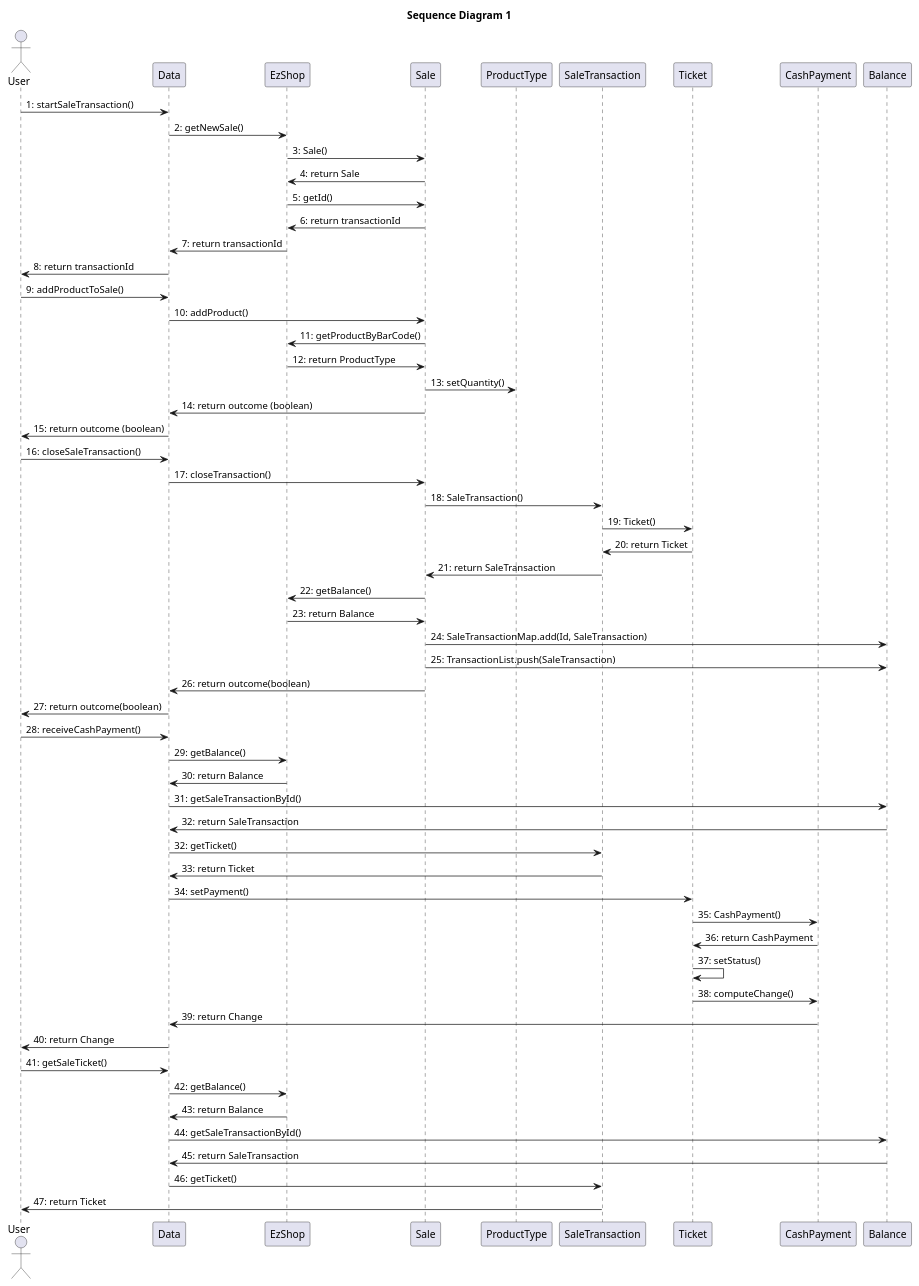
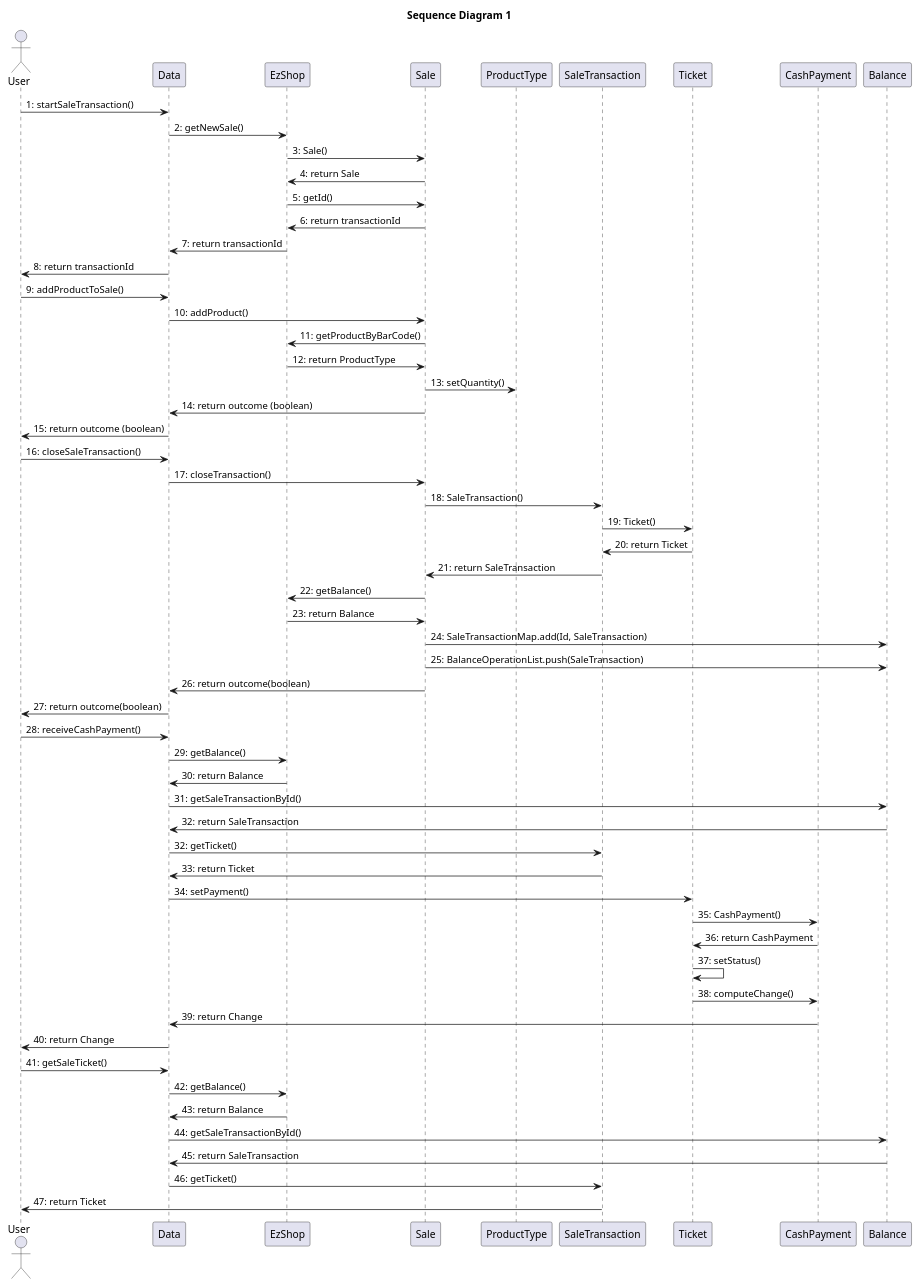
Before and after one commit to paolotron/EzshoProject31: the third of 5 diagrams in Deliverables/DesignDocument.md, drawn with PlantUML. The commit also changed other lines of this file, not shown here.

````diff
--- a/Deliverables/DesignDocument.md
+++ b/Deliverables/DesignDocument.md
@@ -313,63 +313,63 @@
 ``` plantuml
 @startuml
 title "Sequence Diagram 1"
 actor User
 participant Data
 participant EzShop
 participant Sale
 participant ProductType
 participant SaleTransaction
 participant Ticket
 participant CashPayment
 
 User -> Data: 1: startSaleTransaction()
 Data -> EzShop: 2: getNewSale()
 EzShop -> Sale: 3: Sale()
 Sale -> EzShop: 4: return Sale
 EzShop -> Sale: 5: getId()
 Sale -> EzShop: 6: return transactionId
 EzShop -> Data: 7: return transactionId
 Data -> User: 8: return transactionId
 User -> Data: 9: addProductToSale()
 Data -> Sale: 10: addProduct()
 Sale -> EzShop: 11: getProductByBarCode()
 EzShop -> Sale: 12: return ProductType
 Sale -> ProductType: 13: setQuantity()
 Sale -> Data: 14: return outcome (boolean)
 Data -> User: 15: return outcome (boolean)
 User -> Data: 16: closeSaleTransaction()
 Data -> Sale: 17: closeTransaction()
 Sale -> SaleTransaction: 18: SaleTransaction()
 SaleTransaction -> Ticket: 19: Ticket()
 Ticket -> SaleTransaction: 20: return Ticket
 SaleTransaction -> Sale: 21: return SaleTransaction
 Sale -> EzShop: 22: getBalance()
 EzShop -> Sale: 23: return Balance
 Sale -> Balance: 24: SaleTransactionMap.add(Id, SaleTransaction)
-Sale -> Balance: 25: TransactionList.push(SaleTransaction)
+Sale -> Balance: 25: BalanceOperationList.push(SaleTransaction)
 Sale -> Data: 26: return outcome(boolean)
 Data -> User: 27: return outcome(boolean)
 User -> Data: 28: receiveCashPayment()
 Data -> EzShop: 29: getBalance()
 EzShop -> Data: 30: return Balance
 Data -> Balance: 31: getSaleTransactionById()
 Balance -> Data: 32: return SaleTransaction
 Data -> SaleTransaction: 32: getTicket()
 SaleTransaction -> Data: 33: return Ticket
 Data -> Ticket: 34: setPayment()
 Ticket -> CashPayment: 35: CashPayment()
 CashPayment -> Ticket: 36: return CashPayment
 Ticket -> Ticket: 37: setStatus()
 Ticket -> CashPayment: 38: computeChange()
 CashPayment -> Data: 39: return Change
 Data -> User: 40: return Change
 User -> Data: 41: getSaleTicket()
 Data -> EzShop: 42: getBalance()
 EzShop -> Data: 43: return Balance
 Data -> Balance: 44: getSaleTransactionById()
 Balance -> Data: 45: return SaleTransaction
 Data -> SaleTransaction: 46: getTicket()
 SaleTransaction -> User: 47: return Ticket
 
 @enduml
 ```
````
